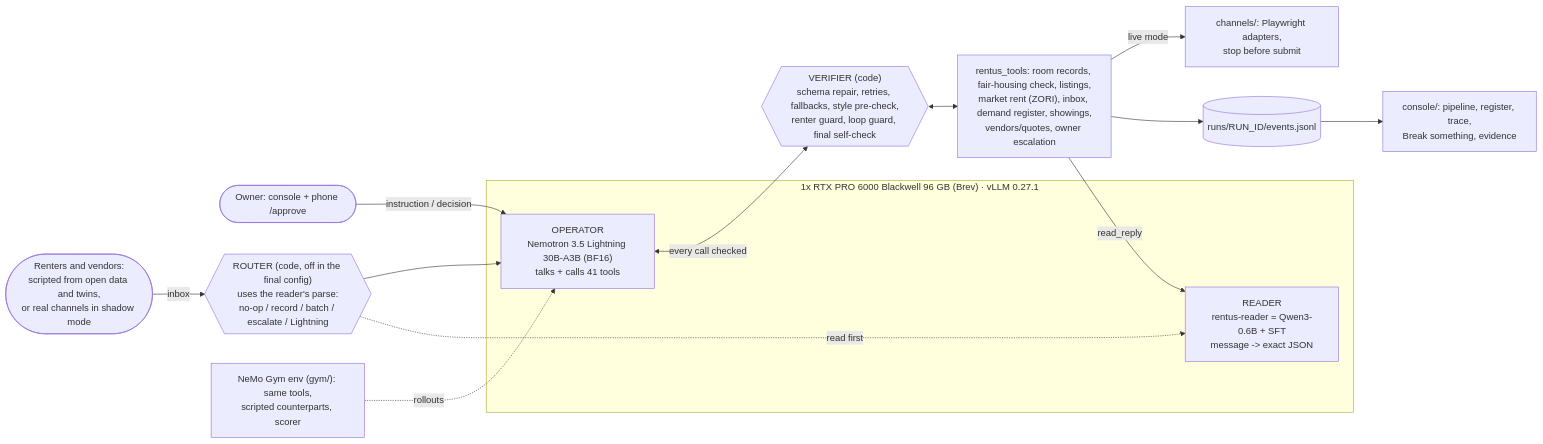
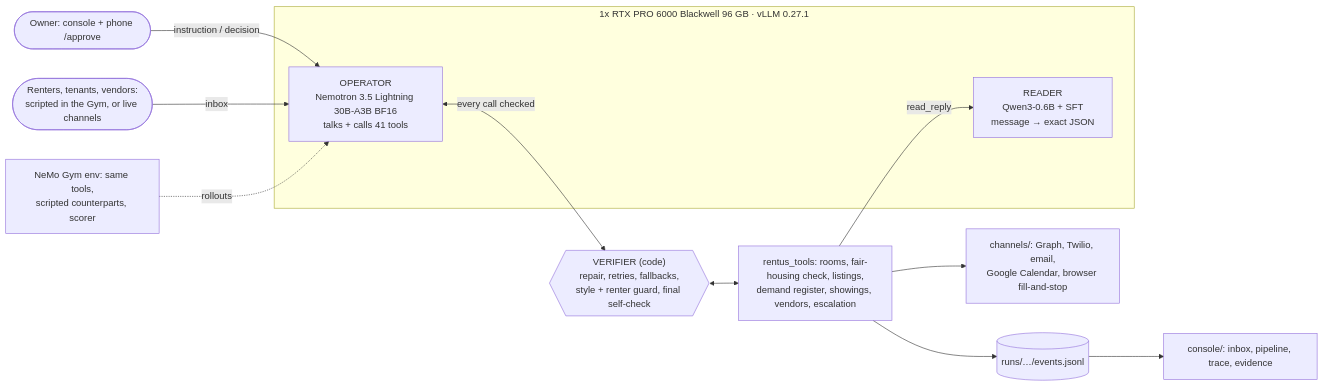
Before and after one commit to xvanov/red-hat-small-models-hack: the diagram in README.md, drawn with Mermaid. The commit also changed other lines of this file, not shown here.

Commit message:
README: plain-language rewrite with v3 confirmatory results, exact channel status, evaluation incidents

````diff
--- a/README.md
+++ b/README.md
@@ -25,18 +93,16 @@
 ```mermaid
 flowchart LR
   owner([Owner: console + phone /approve]) -->|instruction / decision| op
-  renters([Renters and vendors:<br/>scripted from open data and twins,<br/>or real channels in shadow mode]) -->|inbox| router
-  router{{"ROUTER (code, off in the final config)<br/>uses the reader's parse:<br/>no-op / record / batch / escalate / Lightning"}} --> op
-  subgraph GPU["1x RTX PRO 6000 Blackwell 96 GB (Brev) · vLLM 0.27.1"]
-    op["OPERATOR<br/>Nemotron 3.5 Lightning 30B-A3B (BF16)<br/>talks + calls 41 tools"]
-    reader["READER<br/>rentus-reader = Qwen3-0.6B + SFT<br/>message -> exact JSON"]
+  people([Renters, tenants, vendors:<br/>scripted in the Gym, or live channels]) -->|inbox| op
+  subgraph GPU["1x RTX PRO 6000 Blackwell 96 GB · vLLM 0.27.1"]
+    op["OPERATOR<br/>Nemotron 3.5 Lightning 30B-A3B BF16<br/>talks + calls 41 tools"]
+    reader["READER<br/>Qwen3-0.6B + SFT<br/>message → exact JSON"]
   end
-  op <-->|every call checked| ver{{"VERIFIER (code)<br/>schema repair, retries, fallbacks, style pre-check,<br/>renter guard, loop guard, final self-check"}}
-  ver <--> tools["rentus_tools: room records, fair-housing check, listings,<br/>market rent (ZORI), inbox, demand register, showings,<br/>vendors/quotes, owner escalation"]
+  op <-->|every call checked| ver{{"VERIFIER (code)<br/>repair, retries, fallbacks,<br/>style + renter guard, final self-check"}}
+  ver <--> tools["rentus_tools: rooms, fair-housing check, listings,<br/>demand register, showings, vendors, escalation"]
   tools -->|read_reply| reader
-  router -.->|read first| reader
-  tools -->|live mode| channels["channels/: Playwright adapters,<br/>stop before submit"]
-  tools --> events[(runs/RUN_ID/events.jsonl)]
-  events --> console["console/: pipeline, register, trace,<br/>Break something, evidence"]
-  gym["NeMo Gym env (gym/): same tools,<br/>scripted counterparts, scorer"] -.->|rollouts| op
+  tools --> channels["channels/: Graph, Twilio, email,<br/>Google Calendar, browser fill-and-stop"]
+  tools --> events[(runs/…/events.jsonl)]
+  events --> console["console/: inbox, pipeline, trace, evidence"]
+  gym["NeMo Gym env: same tools,<br/>scripted counterparts, scorer"] -.->|rollouts| op
 ```
````
